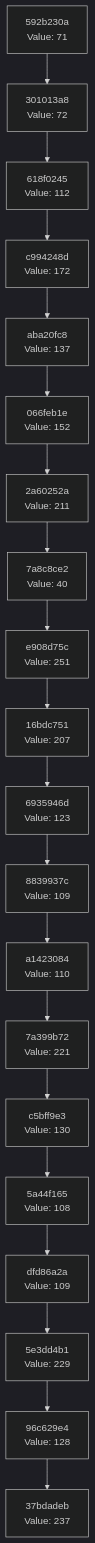
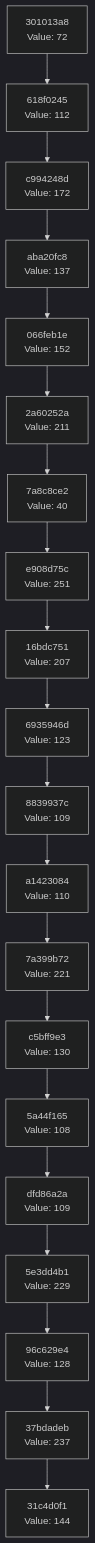
The diagram in docs/CHAIN_VISUALIZATION.md (Abhisheksinha1506/hash-chain-evolver), drawn with Mermaid (dark theme) before and after one commit. The commit also changed 3 other files, not shown here.

````diff
--- a/docs/CHAIN_VISUALIZATION.md
+++ b/docs/CHAIN_VISUALIZATION.md
@@ -3,42 +3,42 @@
 ```mermaid
 graph TD
-    C0["37bdadeb<br/>Value: 237"]
-    C1["96c629e4<br/>Value: 128"]
+    C0["31c4d0f1<br/>Value: 144"]
+    C1["37bdadeb<br/>Value: 237"]
     C1 --> C0
-    C2["5e3dd4b1<br/>Value: 229"]
+    C2["96c629e4<br/>Value: 128"]
     C2 --> C1
-    C3["dfd86a2a<br/>Value: 109"]
+    C3["5e3dd4b1<br/>Value: 229"]
     C3 --> C2
-    C4["5a44f165<br/>Value: 108"]
+    C4["dfd86a2a<br/>Value: 109"]
     C4 --> C3
-    C5["c5bff9e3<br/>Value: 130"]
+    C5["5a44f165<br/>Value: 108"]
     C5 --> C4
-    C6["7a399b72<br/>Value: 221"]
+    C6["c5bff9e3<br/>Value: 130"]
     C6 --> C5
-    C7["a1423084<br/>Value: 110"]
+    C7["7a399b72<br/>Value: 221"]
     C7 --> C6
-    C8["8839937c<br/>Value: 109"]
+    C8["a1423084<br/>Value: 110"]
     C8 --> C7
-    C9["6935946d<br/>Value: 123"]
+    C9["8839937c<br/>Value: 109"]
     C9 --> C8
-    C10["16bdc751<br/>Value: 207"]
+    C10["6935946d<br/>Value: 123"]
     C10 --> C9
-    C11["e908d75c<br/>Value: 251"]
+    C11["16bdc751<br/>Value: 207"]
     C11 --> C10
-    C12["7a8c8ce2<br/>Value: 40"]
+    C12["e908d75c<br/>Value: 251"]
     C12 --> C11
-    C13["2a60252a<br/>Value: 211"]
+    C13["7a8c8ce2<br/>Value: 40"]
     C13 --> C12
-    C14["066feb1e<br/>Value: 152"]
+    C14["2a60252a<br/>Value: 211"]
     C14 --> C13
-    C15["aba20fc8<br/>Value: 137"]
+    C15["066feb1e<br/>Value: 152"]
     C15 --> C14
-    C16["c994248d<br/>Value: 172"]
+    C16["aba20fc8<br/>Value: 137"]
     C16 --> C15
-    C17["618f0245<br/>Value: 112"]
+    C17["c994248d<br/>Value: 172"]
     C17 --> C16
-    C18["301013a8<br/>Value: 72"]
+    C18["618f0245<br/>Value: 112"]
     C18 --> C17
-    C19["592b230a<br/>Value: 71"]
+    C19["301013a8<br/>Value: 72"]
     C19 --> C18
 ```
````
